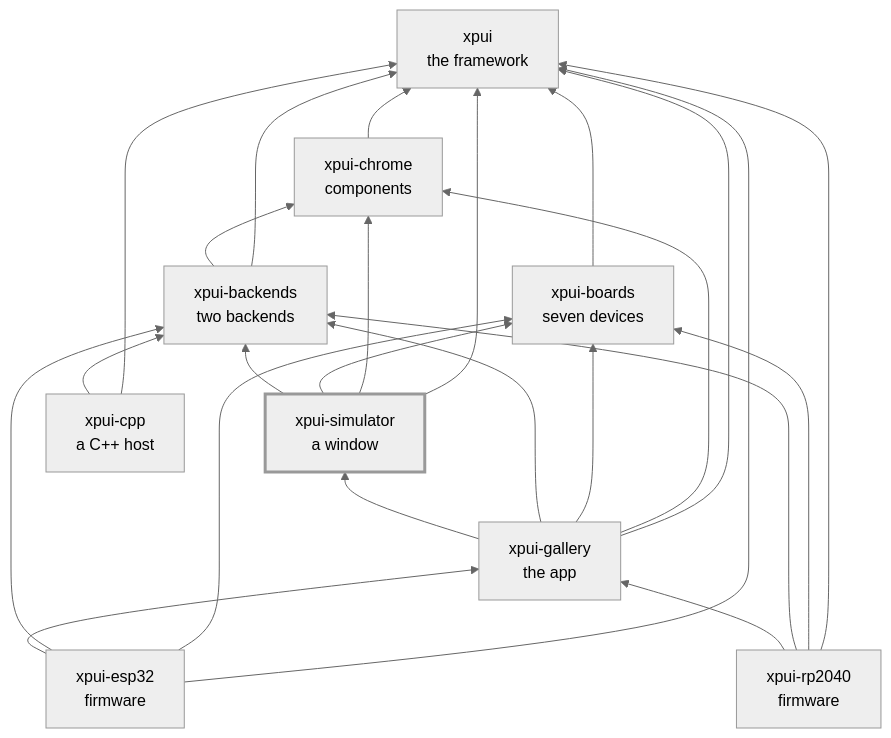
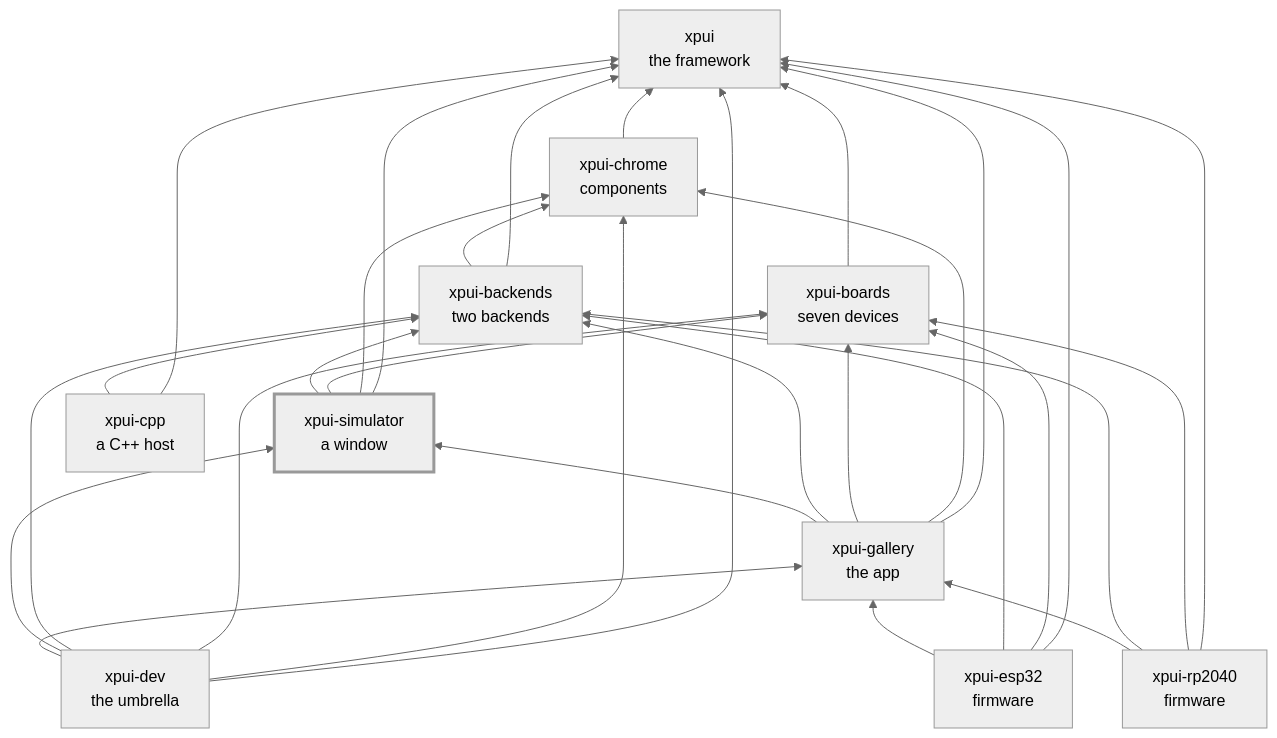
One commit to XPUI-Framework/xpui-simulator changed the diagram in README.md. Above: the diagram before and after it, drawn with Mermaid (neutral theme). The commit also changed 8 other files, not shown here.

````diff
--- a/README.md
+++ b/README.md
@@ -88,36 +88,43 @@
 ```mermaid
 flowchart BT
   xpui["xpui<br/>the framework"]
   chrome["xpui-chrome<br/>components"]
   boards["xpui-boards<br/>seven devices"]
   backends["xpui-backends<br/>two backends"]
   simulator["xpui-simulator<br/>a window"]
   gallery["xpui-gallery<br/>the app"]
   rp2040["xpui-rp2040<br/>firmware"]
   esp32["xpui-esp32<br/>firmware"]
   cpp["xpui-cpp<br/>a C++ host"]
+  dev["xpui-dev<br/>the umbrella"]
   chrome --> xpui
   boards --> xpui
   backends --> xpui
   backends --> chrome
   simulator --> xpui
   simulator --> chrome
   simulator --> boards
   simulator --> backends
   gallery --> xpui
   gallery --> chrome
   gallery --> boards
   gallery --> backends
   gallery --> simulator
   rp2040 --> xpui
   rp2040 --> boards
   rp2040 --> backends
   rp2040 --> gallery
   esp32 --> xpui
   esp32 --> boards
   esp32 --> backends
   esp32 --> gallery
   cpp --> xpui
   cpp --> backends
+  dev --> xpui
+  dev --> chrome
+  dev --> boards
+  dev --> backends
+  dev --> simulator
+  dev --> gallery
   style simulator stroke-width:3px
 ```
````
